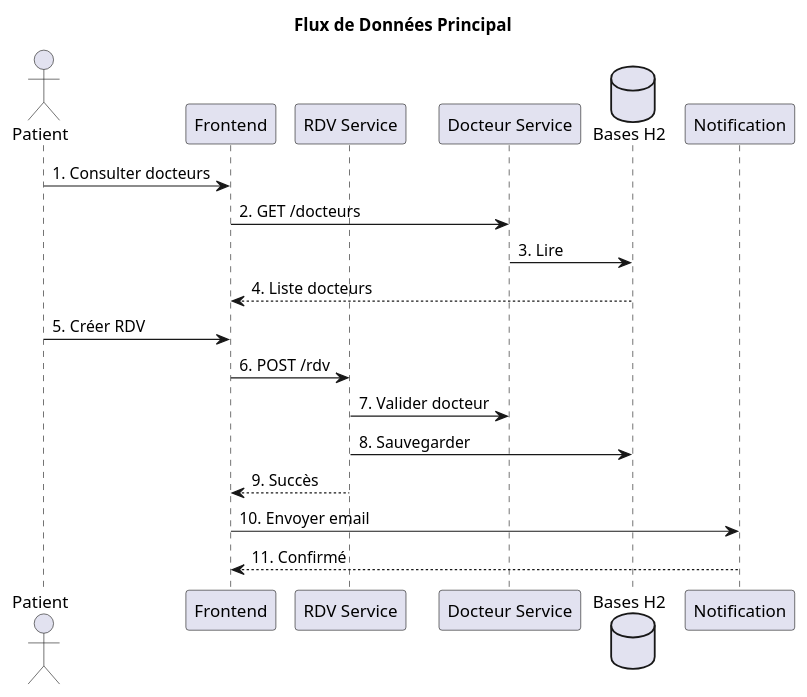
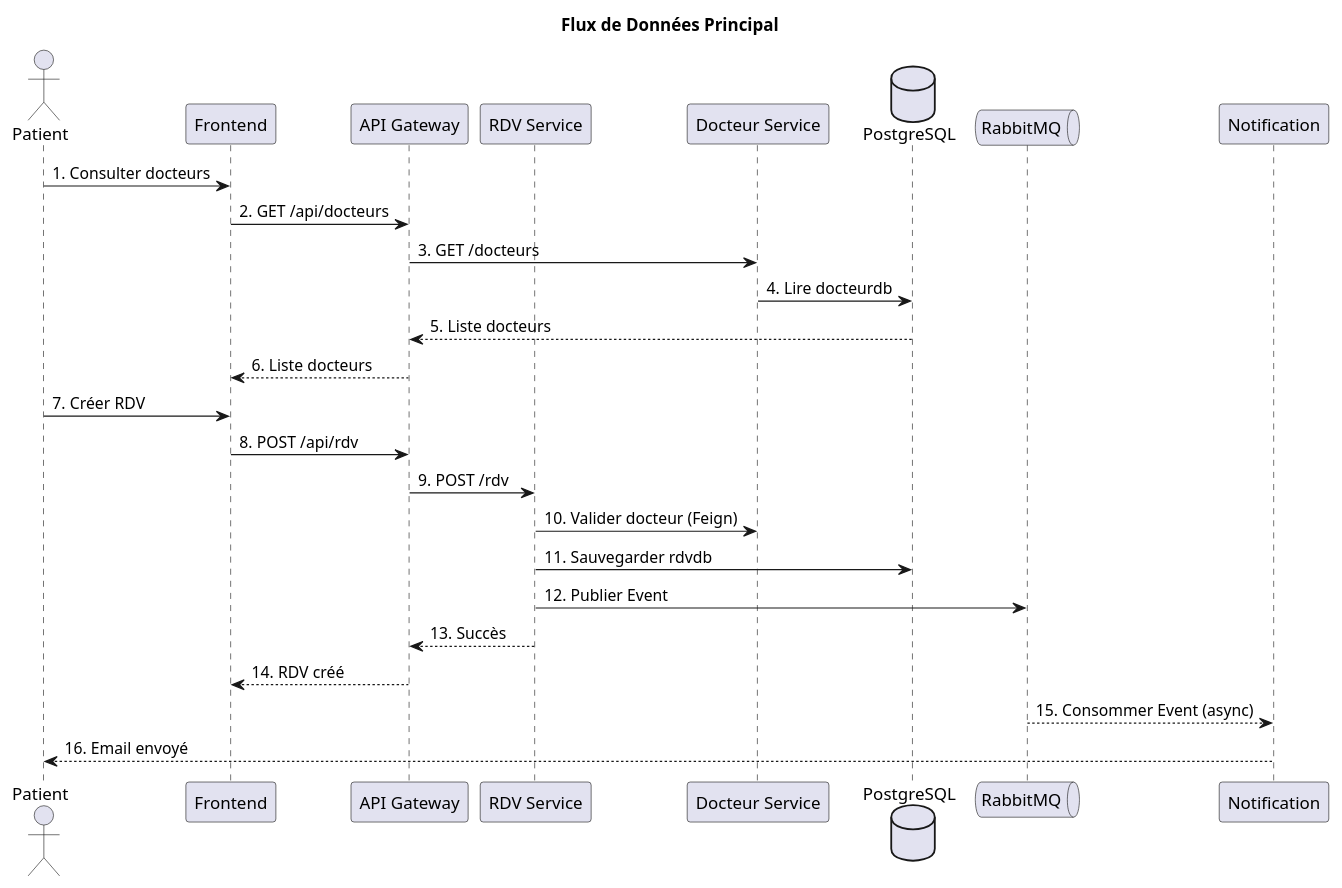
One commit to sohaibmokhliss/microservices-medical-appointment changed the diagram in diagrams/9-flux-donnees.puml. Above: the diagram before and after it, drawn with PlantUML. The commit also changed 89 other files, not shown here.

Commit message:
Complete microservices implementation with JWT auth, API Gateway, RabbitMQ notifications, and PostgreSQL

```diff
--- a/diagrams/9-flux-donnees.puml
+++ b/diagrams/9-flux-donnees.puml
@@ -1,27 +1,34 @@
 @startuml Flux de Données
 
 skinparam backgroundColor white
 title Flux de Données Principal
 
 actor Patient
 participant Frontend
+participant "API Gateway" as GW
 participant "RDV Service" as RDV
 participant "Docteur Service" as DOC
-database "Bases H2" as DB
+database "PostgreSQL" as DB
+queue RabbitMQ
 participant "Notification" as NOTIF
 
 Patient -> Frontend : 1. Consulter docteurs
-Frontend -> DOC : 2. GET /docteurs
-DOC -> DB : 3. Lire
-DB --> Frontend : 4. Liste docteurs
+Frontend -> GW : 2. GET /api/docteurs
+GW -> DOC : 3. GET /docteurs
+DOC -> DB : 4. Lire docteurdb
+DB --> GW : 5. Liste docteurs
+GW --> Frontend : 6. Liste docteurs
 
-Patient -> Frontend : 5. Créer RDV
-Frontend -> RDV : 6. POST /rdv
-RDV -> DOC : 7. Valider docteur
-RDV -> DB : 8. Sauvegarder
-RDV --> Frontend : 9. Succès
+Patient -> Frontend : 7. Créer RDV
+Frontend -> GW : 8. POST /api/rdv
+GW -> RDV : 9. POST /rdv
+RDV -> DOC : 10. Valider docteur (Feign)
+RDV -> DB : 11. Sauvegarder rdvdb
+RDV -> RabbitMQ : 12. Publier Event
+RDV --> GW : 13. Succès
+GW --> Frontend : 14. RDV créé
 
-Frontend -> NOTIF : 10. Envoyer email
-NOTIF --> Frontend : 11. Confirmé
+RabbitMQ --> NOTIF : 15. Consommer Event (async)
+NOTIF --> Patient : 16. Email envoyé
 
 @enduml
```
